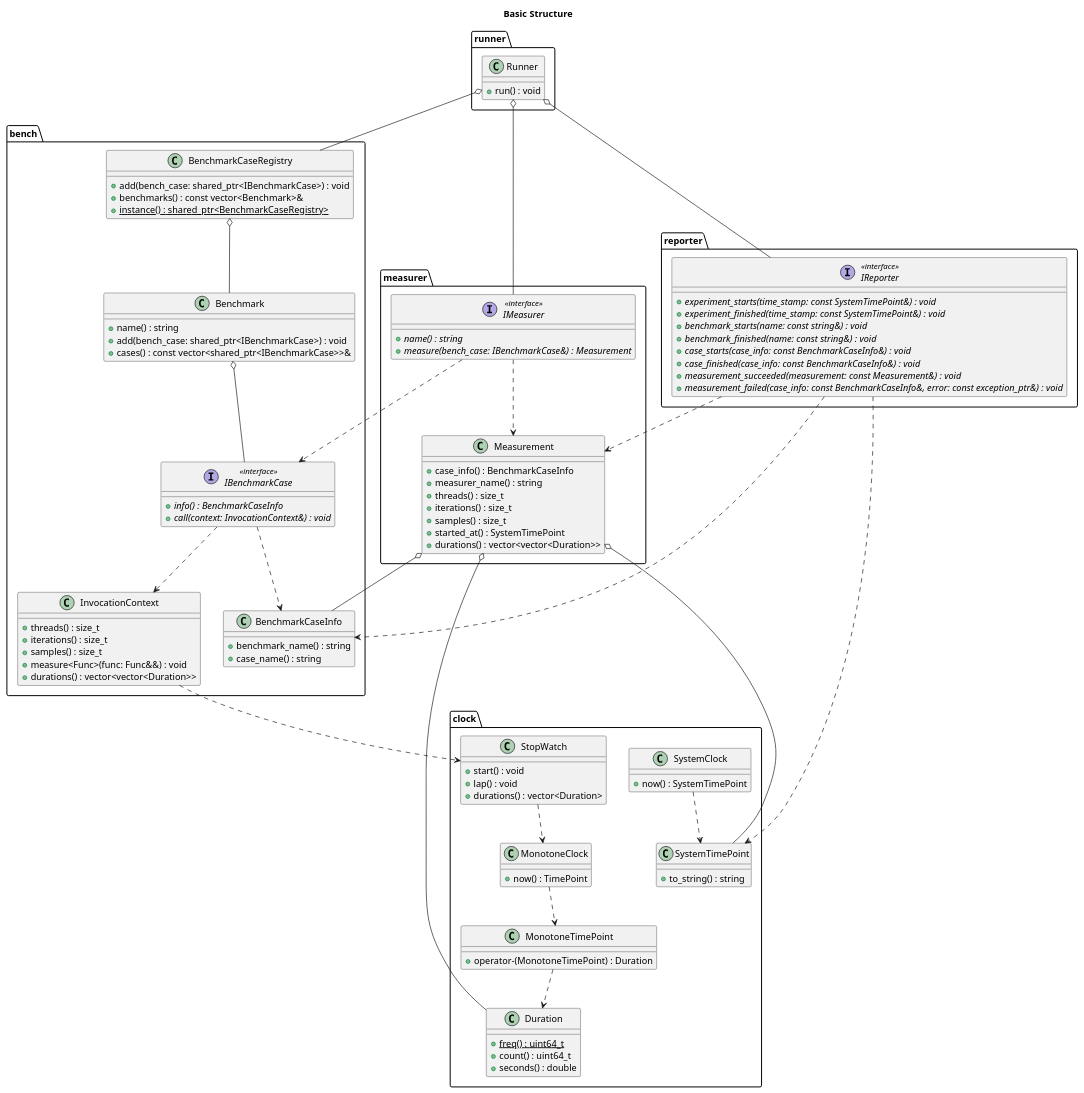
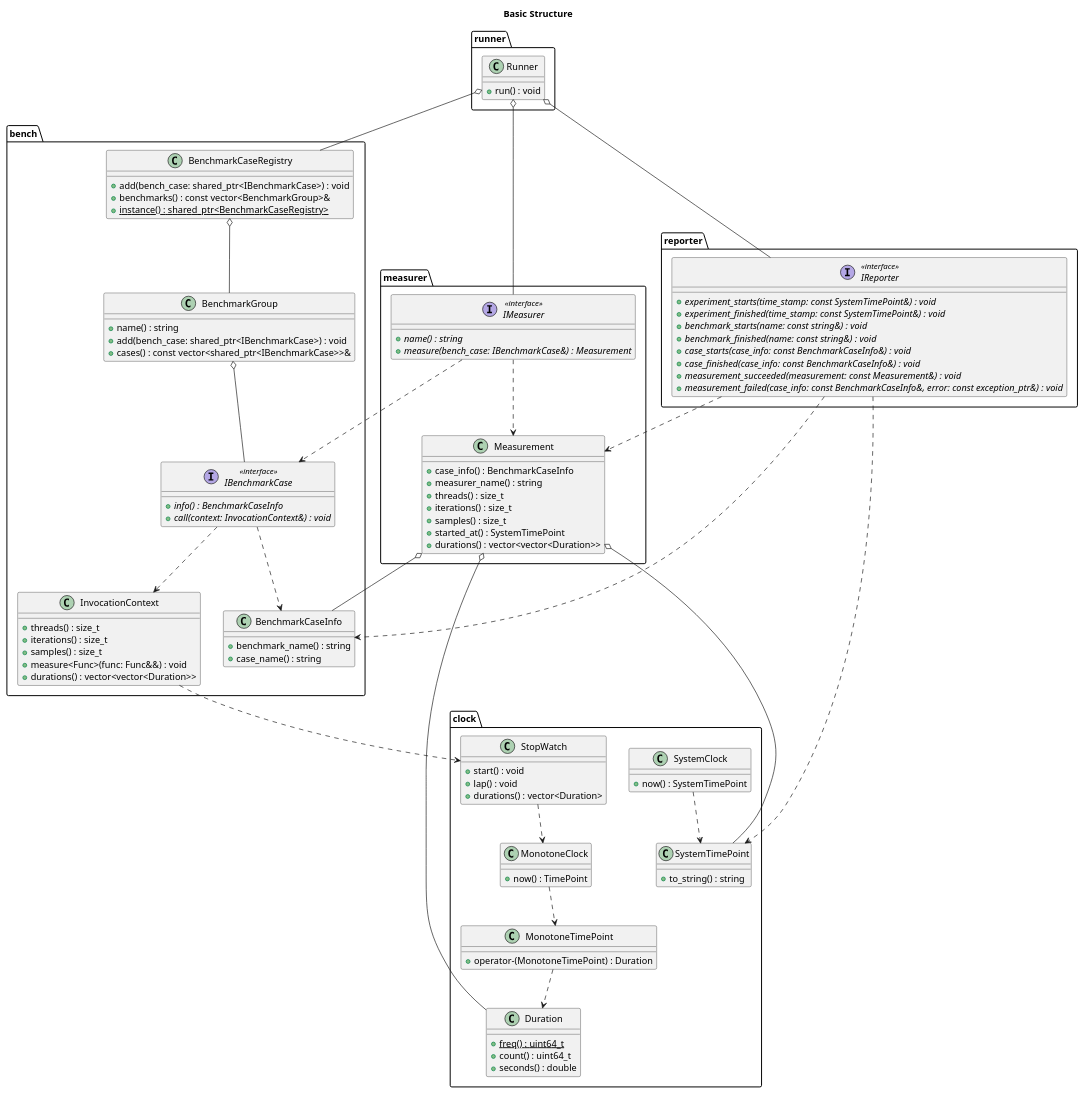
The diagram in doc/sphinx/src/basic_design/basic_structure.puml (MusicScience37/cpp-stat-bench), drawn with PlantUML before and after one commit. The commit also changed 8 other files, not shown here.

Commit message:
:sparkles: Add BenchmarkGroup.

```diff
--- a/doc/sphinx/src/basic_design/basic_structure.puml
+++ b/doc/sphinx/src/basic_design/basic_structure.puml
@@ -1,123 +1,123 @@
 @startuml basic_structure
 
 title Basic Structure
 
 package clock {
     class Duration {
         {static} + freq() : uint64_t
         + count() : uint64_t
         + seconds() : double
     }
 
     class MonotoneTimePoint {
         + operator-(MonotoneTimePoint) : Duration
     }
     MonotoneTimePoint ..> Duration
 
     class MonotoneClock {
         + now() : TimePoint
     }
     MonotoneClock ..> MonotoneTimePoint
 
     class StopWatch {
         + start() : void
         + lap() : void
         + durations() : vector<Duration>
     }
     StopWatch ..> MonotoneClock
 
     class SystemTimePoint {
         + to_string() : string
     }
 
     class SystemClock {
         + now() : SystemTimePoint
     }
     SystemClock ..> SystemTimePoint
 }
 
 package bench {
     class InvocationContext {
         + threads() : size_t
         + iterations() : size_t
         + samples() : size_t
         + measure<Func>(func: Func&&) : void
         + durations() : vector<vector<Duration>>
     }
     InvocationContext ..> StopWatch
 
     class BenchmarkCaseInfo {
         + benchmark_name() : string
         + case_name() : string
     }
 
     interface IBenchmarkCase <<interface>> {
         {abstract} + info() : BenchmarkCaseInfo
         {abstract} + call(context: InvocationContext&) : void
     }
     IBenchmarkCase ..> BenchmarkCaseInfo
     IBenchmarkCase ..> InvocationContext
 
-    class Benchmark {
+    class BenchmarkGroup {
         + name() : string
         + add(bench_case: shared_ptr<IBenchmarkCase>) : void
         + cases() : const vector<shared_ptr<IBenchmarkCase>>&
     }
-    Benchmark o-- IBenchmarkCase
+    BenchmarkGroup o-- IBenchmarkCase
 
     class BenchmarkCaseRegistry {
         + add(bench_case: shared_ptr<IBenchmarkCase>) : void
-        + benchmarks() : const vector<Benchmark>&
+        + benchmarks() : const vector<BenchmarkGroup>&
         {static} + instance() : shared_ptr<BenchmarkCaseRegistry>
     }
-    BenchmarkCaseRegistry o-- Benchmark
+    BenchmarkCaseRegistry o-- BenchmarkGroup
 }
 
 package measurer {
     class Measurement {
         + case_info() : BenchmarkCaseInfo
         + measurer_name() : string
         + threads() : size_t
         + iterations() : size_t
         + samples() : size_t
         + started_at() : SystemTimePoint
         + durations() : vector<vector<Duration>>
     }
     Measurement o-- BenchmarkCaseInfo
     Measurement o-- SystemTimePoint
     Measurement o-- Duration
 
     interface IMeasurer <<interface>> {
         {abstract} + name() : string
         {abstract} + measure(bench_case: IBenchmarkCase&) : Measurement
     }
     IMeasurer ..> IBenchmarkCase
     IMeasurer ..> Measurement
 }
 
 package reporter {
     interface IReporter <<interface>> {
         {abstract} + experiment_starts(time_stamp: const SystemTimePoint&) : void
         {abstract} + experiment_finished(time_stamp: const SystemTimePoint&) : void
         {abstract} + benchmark_starts(name: const string&) : void
         {abstract} + benchmark_finished(name: const string&) : void
         {abstract} + case_starts(case_info: const BenchmarkCaseInfo&) : void
         {abstract} + case_finished(case_info: const BenchmarkCaseInfo&) : void
         {abstract} + measurement_succeeded(measurement: const Measurement&) : void
         {abstract} + measurement_failed(case_info: const BenchmarkCaseInfo&, error: const exception_ptr&) : void
     }
     IReporter ..> SystemTimePoint
     IReporter ..> BenchmarkCaseInfo
     IReporter ..> Measurement
 }
 
 package runner {
     class Runner {
         + run() : void
     }
     Runner o-- IMeasurer
     Runner o-- BenchmarkCaseRegistry
     Runner o-- IReporter
 }
 
 @enduml
```
